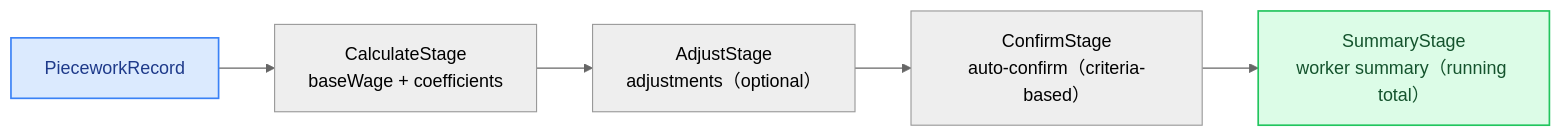
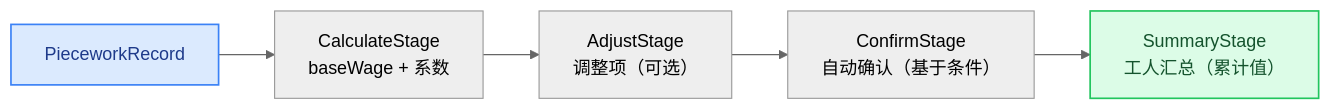
Before and after one commit to StevenTsai/distribution-architecture: the diagram in case-studies/piecework-wage-engine/README.md, drawn with Mermaid (neutral theme). The commit also changed other lines of this file and 22 other files, not shown here.

````diff
--- a/case-studies/piecework-wage-engine/README.md
+++ b/case-studies/piecework-wage-engine/README.md
@@ -41,12 +42,12 @@
 ```mermaid
 flowchart LR
-    A[PieceworkRecord] --> B["CalculateStage<br/>baseWage + coefficients"]
-    B --> C["AdjustStage<br/>adjustments（optional）"]
-    C --> D["ConfirmStage<br/>auto-confirm（criteria-based）"]
-    D --> E["SummaryStage<br/>worker summary（running total）"]
+    A[PieceworkRecord] --> B["CalculateStage<br/>baseWage + 系数"]
+    B --> C["AdjustStage<br/>调整项（可选）"]
+    C --> D["ConfirmStage<br/>自动确认（基于条件）"]
+    D --> E["SummaryStage<br/>工人汇总（累计值）"]
 
     class A entry
     class E success
     classDef entry fill:#dbeafe,stroke:#3b82f6,color:#1e3a8a,stroke-width:1.5px
     classDef success fill:#dcfce7,stroke:#22c55e,color:#14532d,stroke-width:1.5px
 ```
````
